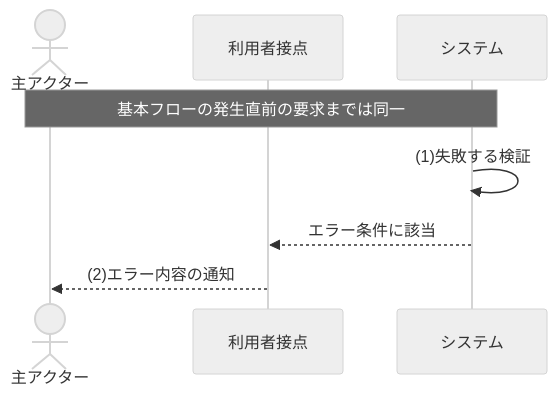
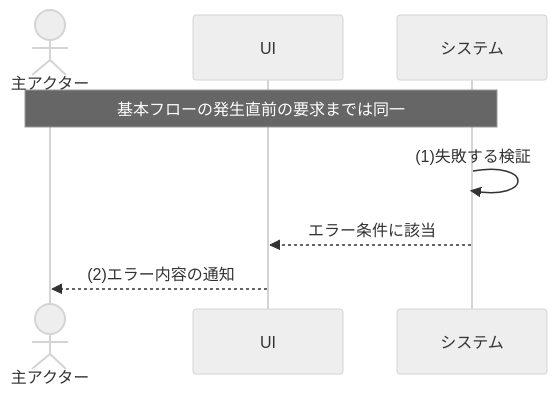
The third of 4 diagrams in テンプレート/02_機能要件.md (sikakou54/system-document-template), drawn with Mermaid (neutral theme) before and after one commit. The commit also changed other lines of this file and 7 other files, not shown here.

Commit message:
機能要件テンプレートとシーケンス図を厳格化

````diff
--- a/テンプレート/02_機能要件.md
+++ b/テンプレート/02_機能要件.md
@@ -263,10 +341,10 @@
 ```mermaid
 sequenceDiagram
     actor U as 主アクター
-    participant SCR as 利用者接点
+    participant UI as UI
     participant FUNC as システム
     Note over U,FUNC: 基本フローの発生直前の要求までは同一
     FUNC->>FUNC: (1)失敗する検証
-    FUNC-->>SCR: エラー条件に該当
-    SCR-->>U: (2)エラー内容の通知
+    FUNC-->>UI: エラー条件に該当
+    UI-->>U: (2)エラー内容の通知
 ```
````
